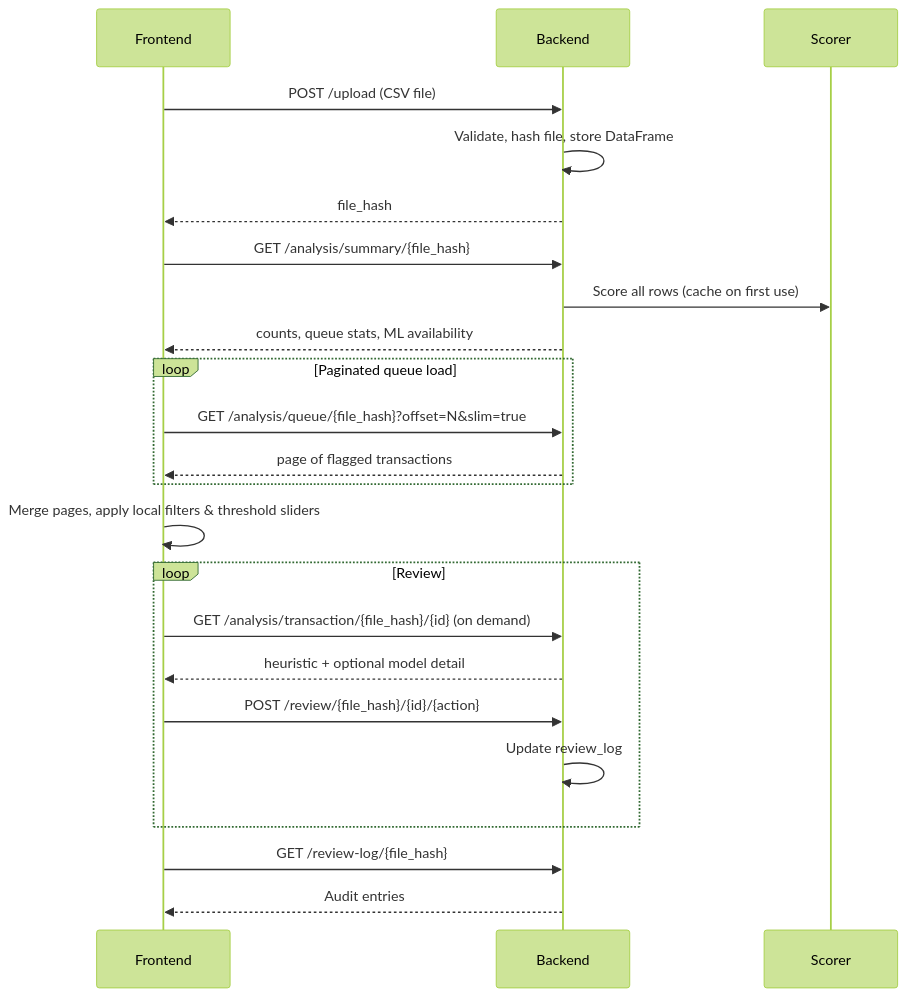
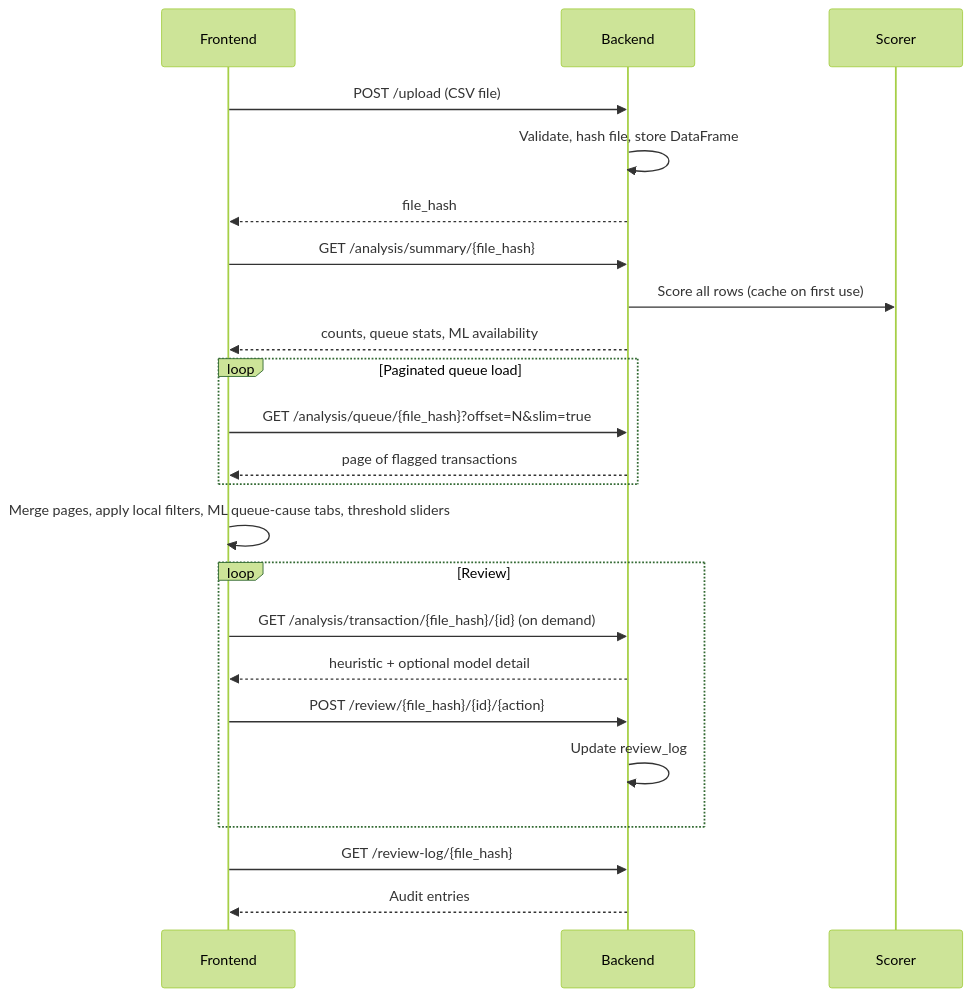
Before and after one commit to Benjamincf0/unfraud: the second of 2 diagrams in docs/architecture.md, drawn with Mermaid (forest theme). The commit also changed other lines of this file and 8 other files, not shown here.

````diff
--- a/docs/architecture.md
+++ b/docs/architecture.md
@@ -54,31 +54,31 @@
 ```mermaid
 sequenceDiagram
   participant UI as Frontend
   participant API as Backend
   participant S as Scorer
 
   UI->>API: POST /upload (CSV file)
   API->>API: Validate, hash file, store DataFrame
   API-->>UI: file_hash
 
   UI->>API: GET /analysis/summary/{file_hash}
   API->>S: Score all rows (cache on first use)
   API-->>UI: counts, queue stats, ML availability
 
   loop Paginated queue load
     UI->>API: GET /analysis/queue/{file_hash}?offset=N&slim=true
     API-->>UI: page of flagged transactions
   end
 
-  UI->>UI: Merge pages, apply local filters & threshold sliders
+  UI->>UI: Merge pages, apply local filters, ML queue-cause tabs, threshold sliders
 
   loop Review
     UI->>API: GET /analysis/transaction/{file_hash}/{id} (on demand)
     API-->>UI: heuristic + optional model detail
     UI->>API: POST /review/{file_hash}/{id}/{action}
     API->>API: Update review_log
   end
 
   UI->>API: GET /review-log/{file_hash}
   API-->>UI: Audit entries
 ```
````
